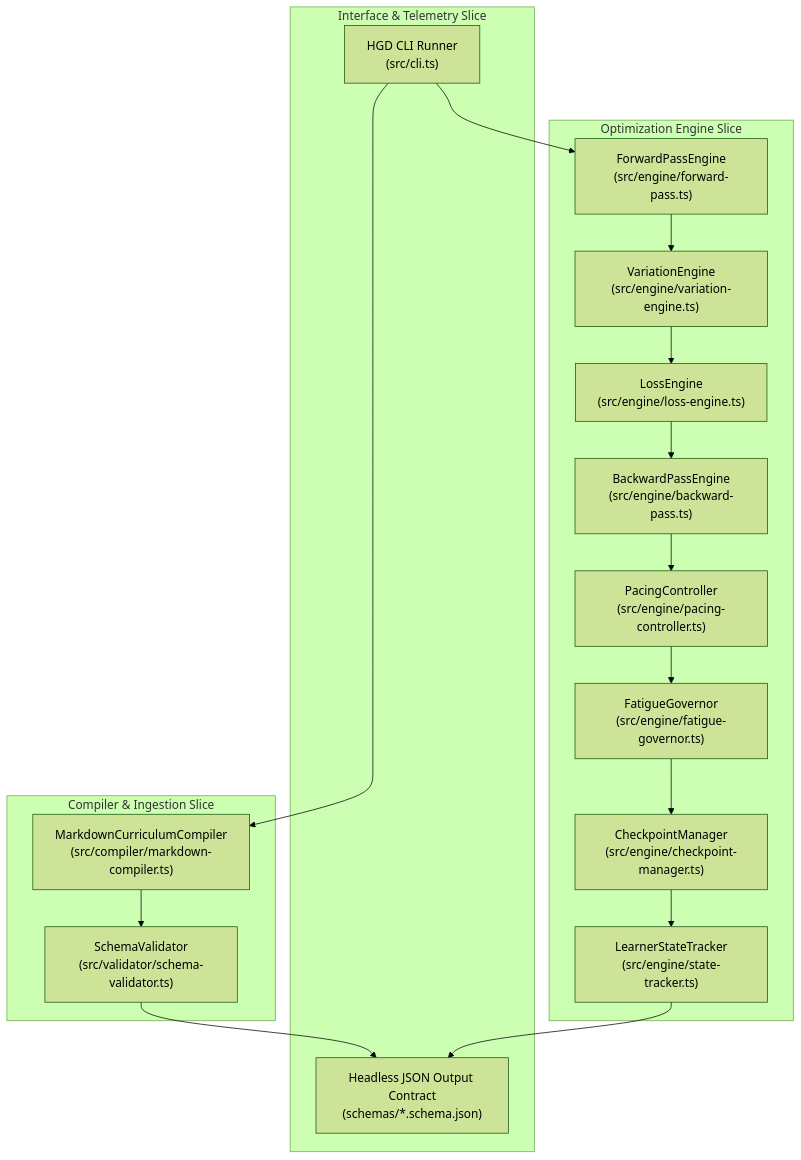
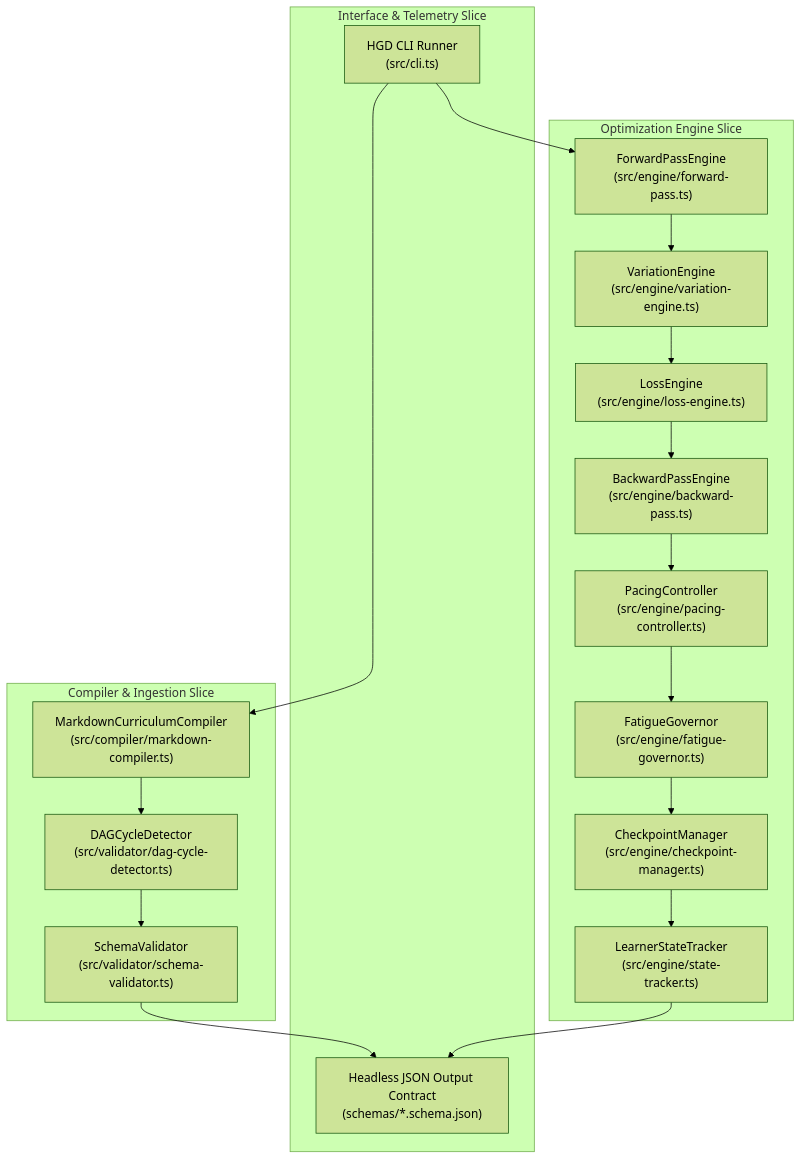
Before and after one commit to ihkaru/human-gradient-descent: the diagram in docs/architecture/05_building_block_view.md, drawn with Mermaid (forest theme). The commit also changed other lines of this file and 14 other files, not shown here.

Commit message:
feat(validator): add Tarjan SCC cycle detector and reference headless UI

````diff
--- a/docs/architecture/05_building_block_view.md
+++ b/docs/architecture/05_building_block_view.md
@@ -15,36 +15,38 @@
 ```mermaid
 flowchart TD
     subgraph CompilerSlice["Compiler & Ingestion Slice"]
         MC["MarkdownCurriculumCompiler\n(src/compiler/markdown-compiler.ts)"]
+        DCD["DAGCycleDetector\n(src/validator/dag-cycle-detector.ts)"]
         SV["SchemaValidator\n(src/validator/schema-validator.ts)"]
     end
 
     subgraph OptimizationSlice["Optimization Engine Slice"]
         FP["ForwardPassEngine\n(src/engine/forward-pass.ts)"]
         VE["VariationEngine\n(src/engine/variation-engine.ts)"]
         LE["LossEngine\n(src/engine/loss-engine.ts)"]
         BP["BackwardPassEngine\n(src/engine/backward-pass.ts)"]
         PC["PacingController\n(src/engine/pacing-controller.ts)"]
         FG["FatigueGovernor\n(src/engine/fatigue-governor.ts)"]
         CM["CheckpointManager\n(src/engine/checkpoint-manager.ts)"]
         ST["LearnerStateTracker\n(src/engine/state-tracker.ts)"]
     end
 
     subgraph InterfaceSlice["Interface & Telemetry Slice"]
         CLI["HGD CLI Runner\n(src/cli.ts)"]
         UIContract["Headless JSON Output Contract\n(schemas/*.schema.json)"]
     end
 
-    MC --> SV
+    MC --> DCD
+    DCD --> SV
     SV --> UIContract
     CLI --> MC
     CLI --> FP
     FP --> VE
     VE --> LE
     LE --> BP
     BP --> PC
     PC --> FG
     FG --> CM
     CM --> ST
     ST --> UIContract
 ```
````
